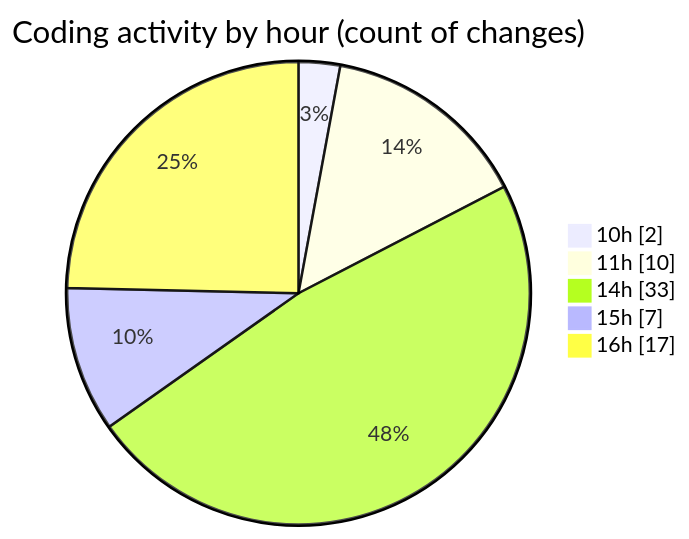
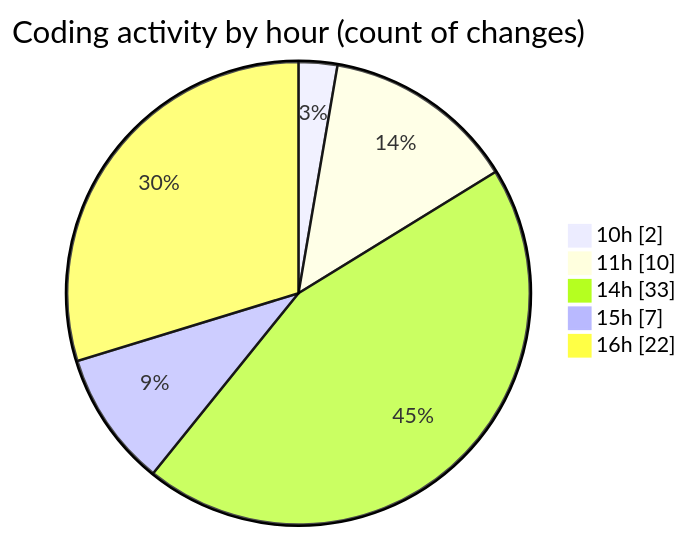
The second of 2 diagrams in 2025-06-02/studio-backend/README.md (idhammustaqopulfikri/code-tracking), drawn with Mermaid before and after one commit. The commit also changed other lines of this file and 1 other file, not shown here.

````diff
--- a/2025-06-02/studio-backend/README.md
+++ b/2025-06-02/studio-backend/README.md
@@ -45,9 +46,9 @@
 ```mermaid
 pie showData
 title Coding activity by hour (count of changes)
 "10h" : 2
 "11h" : 10
 "14h" : 33
 "15h" : 7
-"16h" : 17
+"16h" : 22
 ```
````
